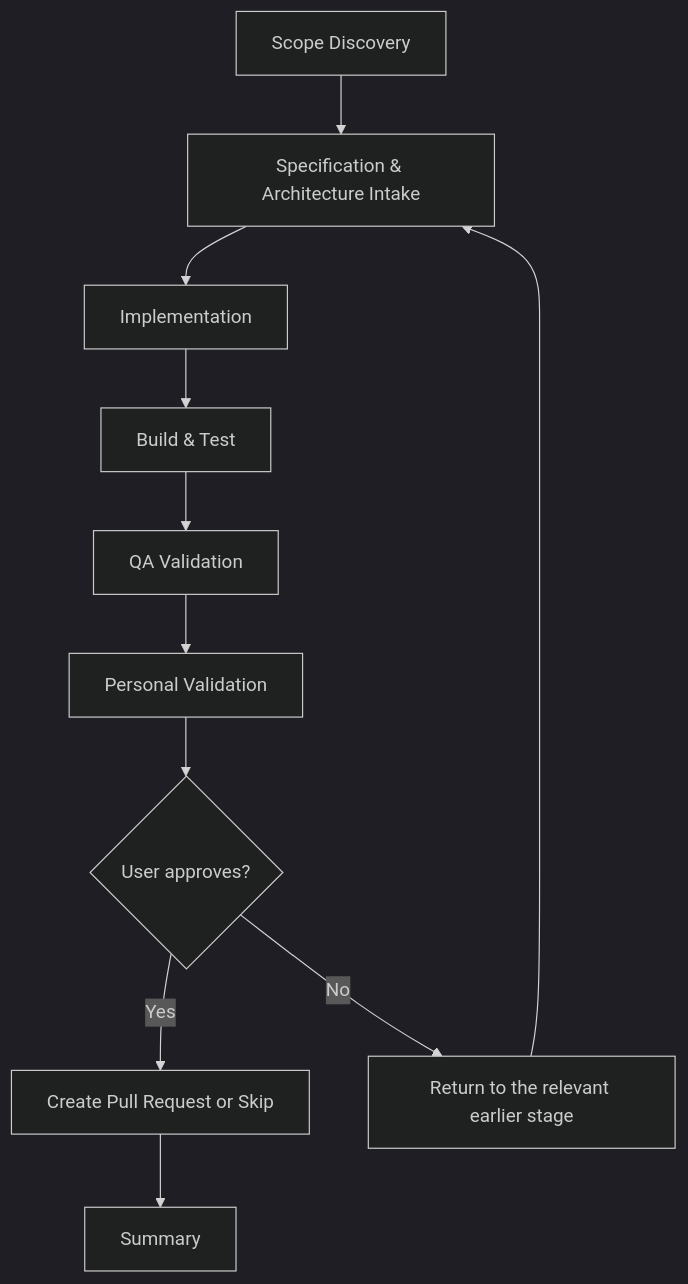
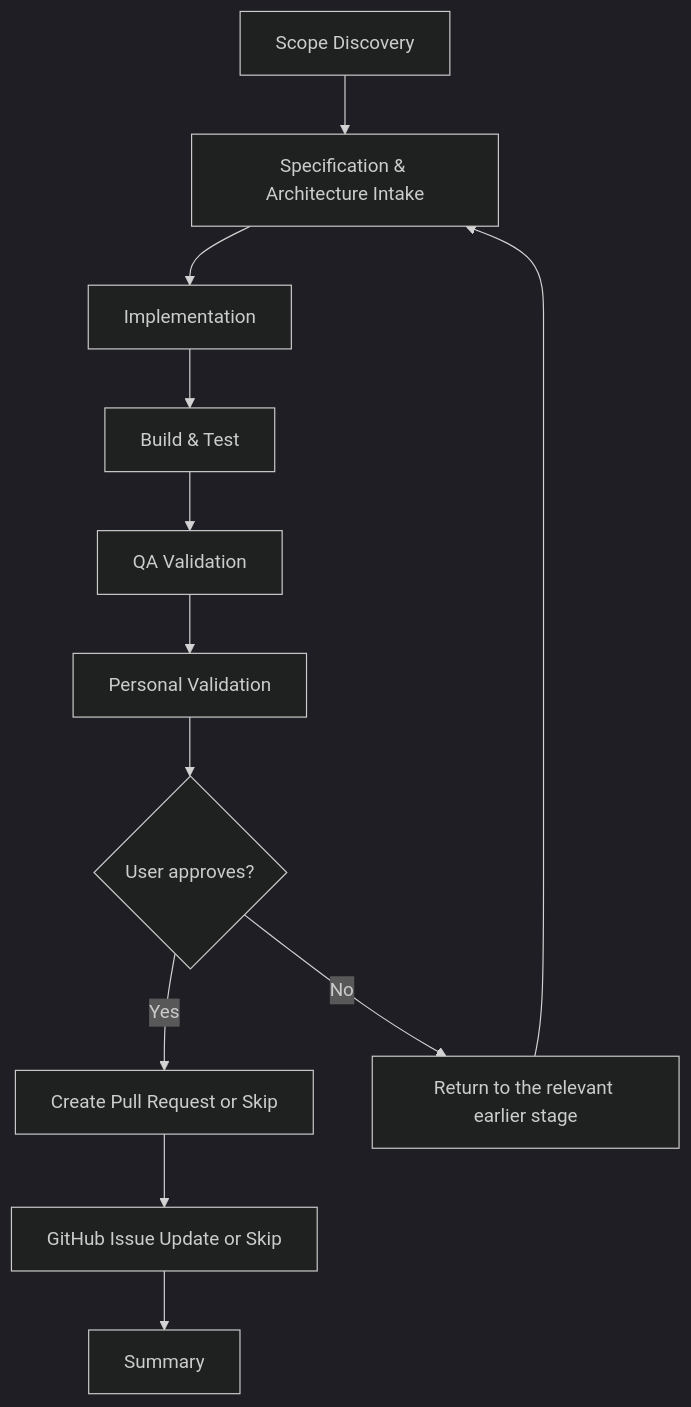
One commit to JSdotNet/Copilot changed diagram 11 of 14 in plugins/copilot-app/resources/orchestration-flow-diagrams.md. Above: the diagram before and after it, drawn with Mermaid (dark theme). The commit also changed other lines of this file and 18 other files, not shown here.

````diff
--- a/plugins/copilot-app/resources/orchestration-flow-diagrams.md
+++ b/plugins/copilot-app/resources/orchestration-flow-diagrams.md
@@ -273,13 +293,14 @@
 ```mermaid
 flowchart TD
     S["Scope Discovery"] --> A["Specification & Architecture Intake"]
     A --> B["Implementation"]
     B --> C["Build & Test"]
     C --> D["QA Validation"]
     D --> E["Personal Validation"]
     E --> F{User approves?}
     F -->|Yes| G["Create Pull Request or Skip"]
     F -->|No| H["Return to the relevant earlier stage"]
     H --> A
-    G --> I["Summary"]
+    G --> U["GitHub Issue Update or Skip"]
+    U --> I["Summary"]
 ```
````
